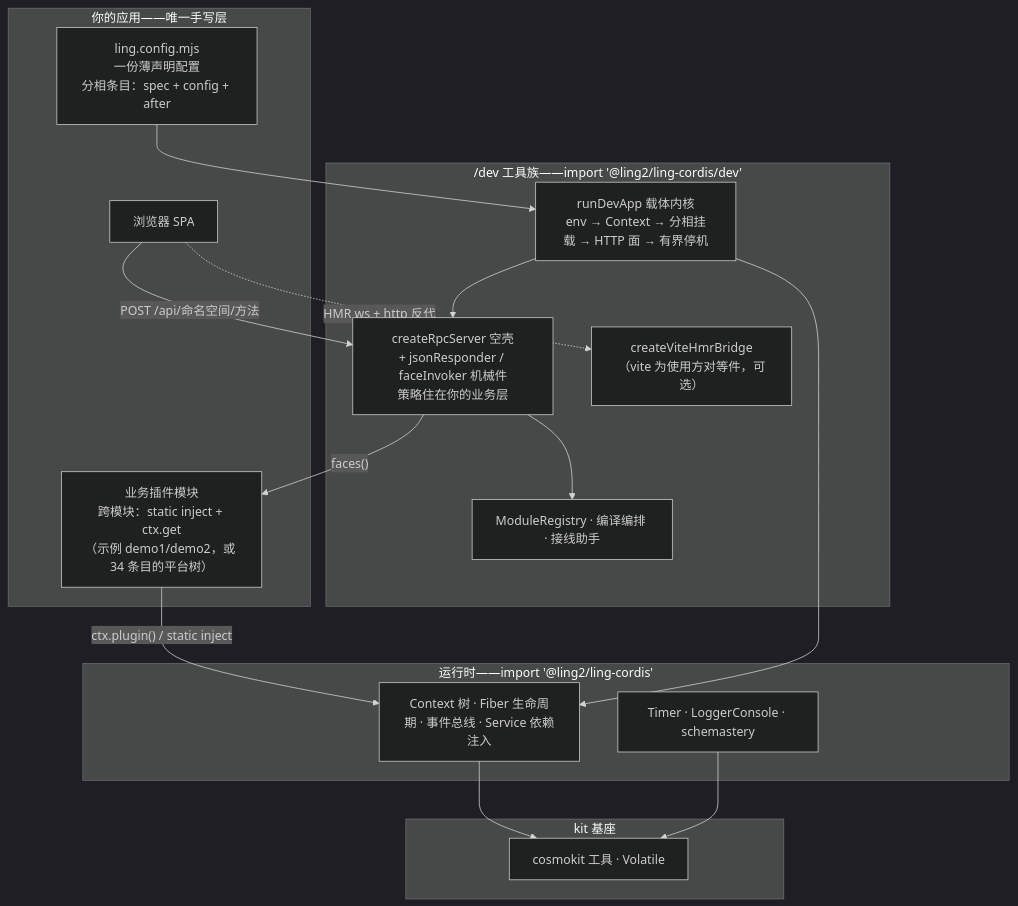
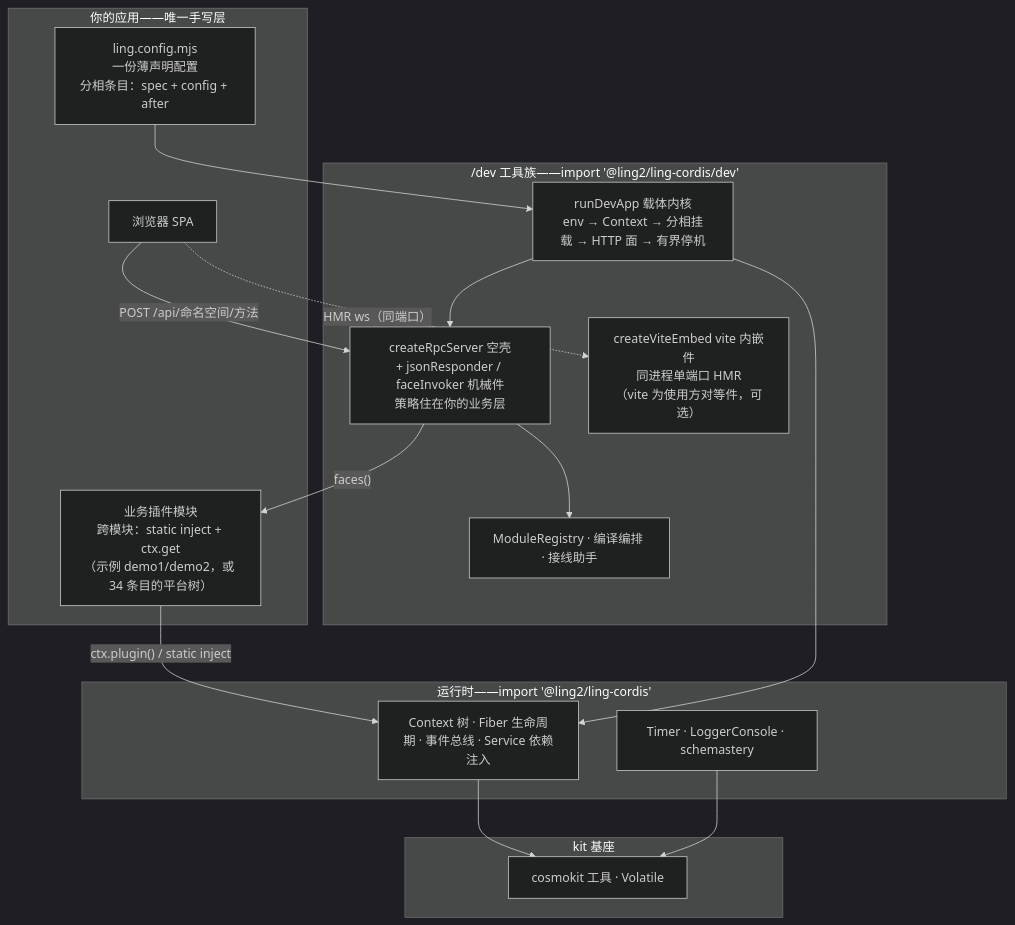
One commit to ling2-2y2/ling-cordis changed the diagram in README.zh-CN.md. Above: the diagram before and after it, drawn with Mermaid (dark theme). The commit also changed other lines of this file and 25 other files, not shown here.

````diff
--- a/README.zh-CN.md
+++ b/README.zh-CN.md
@@ -21,32 +21,32 @@
 ```mermaid
 flowchart TD
   subgraph L4["你的应用——唯一手写层"]
     CFG["ling.config.mjs<br/>一份薄声明配置<br/>分相条目：spec + config + after"]
     MOD["业务插件模块<br/>跨模块：static inject + ctx.get<br/>（示例 demo1/demo2，或 34 条目的平台树）"]
     FE["浏览器 SPA"]
   end
   subgraph L3["/dev 工具族——import '@ling2/ling-cordis/dev'"]
     KERNEL["runDevApp 载体内核<br/>env → Context → 分相挂载 → HTTP 面 → 有界停机"]
     GW["createRpcServer 空壳<br/>+ jsonResponder / faceInvoker 机械件<br/>策略住在你的业务层"]
-    HMR["createViteHmrBridge<br/>（vite 为使用方对等件，可选）"]
+    HMR["createViteEmbed vite 内嵌件<br/>同进程单端口 HMR<br/>（vite 为使用方对等件，可选）"]
     UTILS["ModuleRegistry · 编译编排 · 接线助手"]
   end
   subgraph L2["运行时——import '@ling2/ling-cordis'"]
     CORE["Context 树 · Fiber 生命周期 · 事件总线 · Service 依赖注入"]
     PLUGINS["Timer · LoggerConsole · schemastery"]
   end
   subgraph L1["kit 基座"]
     KIT["cosmokit 工具 · Volatile"]
   end
 
   CFG --> KERNEL
   MOD -->|"ctx.plugin() / static inject"| CORE
   KERNEL --> GW
   KERNEL --> CORE
   GW --> UTILS
   FE -->|"POST /api/命名空间/方法"| GW
-  FE -.->|"HMR ws + http 反代"| HMR
+  FE -.->|"HMR ws（同端口）"| HMR
   GW -->|"faces()"| MOD
   CORE --> KIT
   PLUGINS --> KIT
 ```
````
